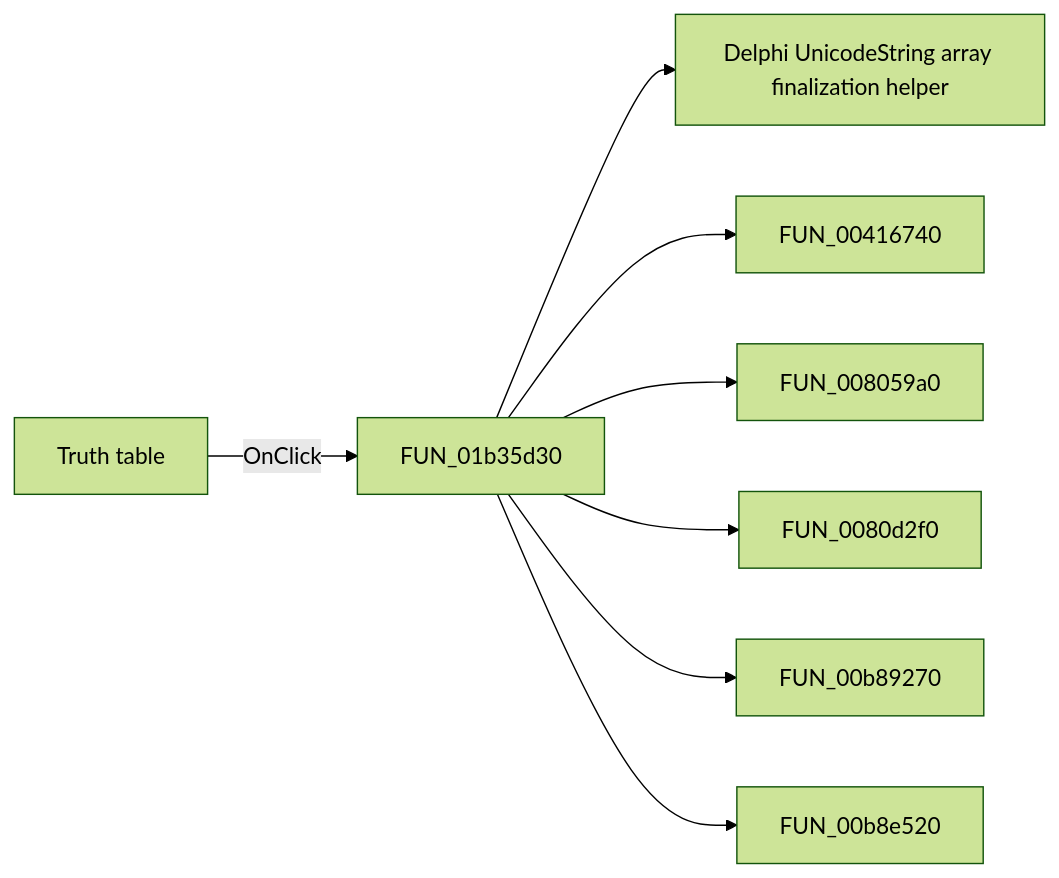
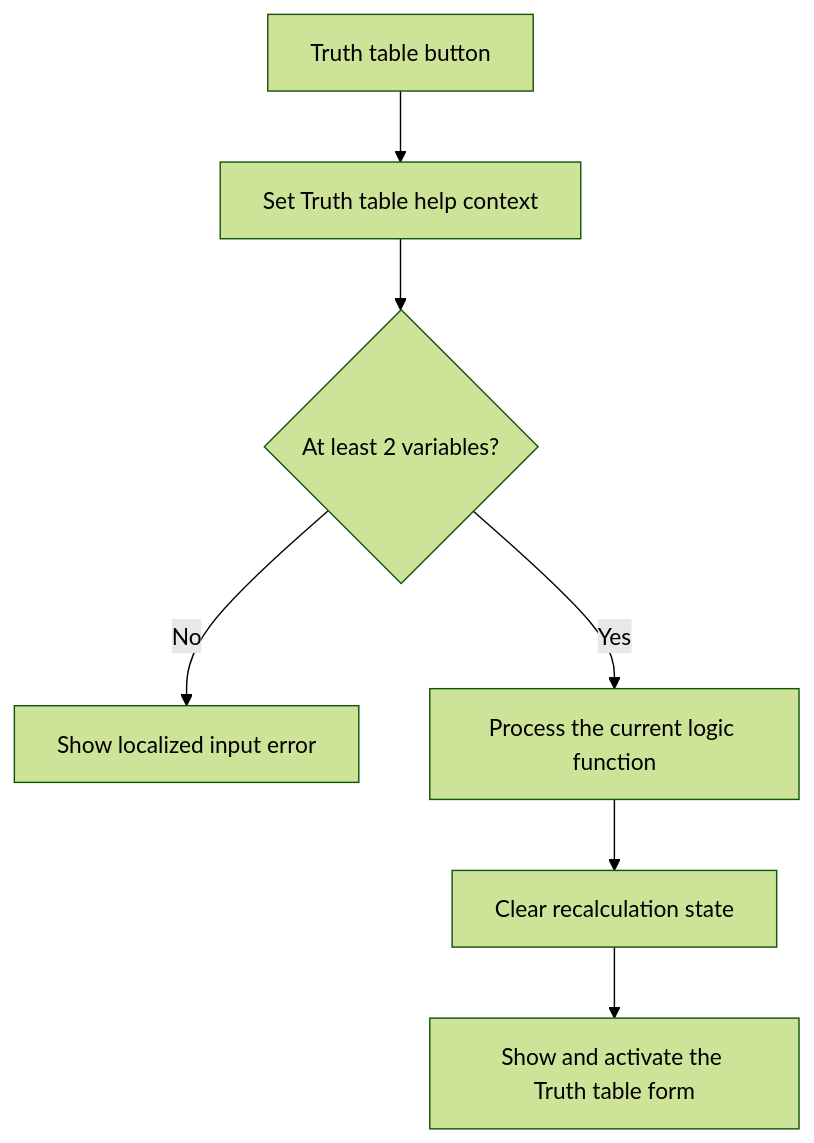
One commit to MovGP0/TIARA changed the diagram in docs/ui-controls/introduction-form/igazsagtabla-abf46125fd.md. Above: the diagram before and after it, drawn with Mermaid (forest theme). The commit also changed other lines of this file and 387 other files, not shown here.

````diff
--- a/docs/ui-controls/introduction-form/igazsagtabla-abf46125fd.md
+++ b/docs/ui-controls/introduction-form/igazsagtabla-abf46125fd.md
@@ -27,10 +27,9 @@
 ```mermaid
-flowchart LR
-    control["Truth table"] -->|OnClick| handler["FUN_01b35d30"]
-    handler --> call1["Delphi UnicodeString array finalization helper"]
-    handler --> call2["FUN_00416740"]
-    handler --> call3["FUN_008059a0"]
-    handler --> call4["FUN_0080d2f0"]
-    handler --> call5["FUN_00b89270"]
-    handler --> call6["FUN_00b8e520"]
+flowchart TD
+    control["Truth table button"] --> context["Set Truth table help context"]
+    context --> count{"At least 2 variables?"}
+    count -->|No| error["Show localized input error"]
+    count -->|Yes| calculate["Process the current logic function"]
+    calculate --> clean["Clear recalculation state"]
+    clean --> show["Show and activate the Truth table form"]
 ```
````
